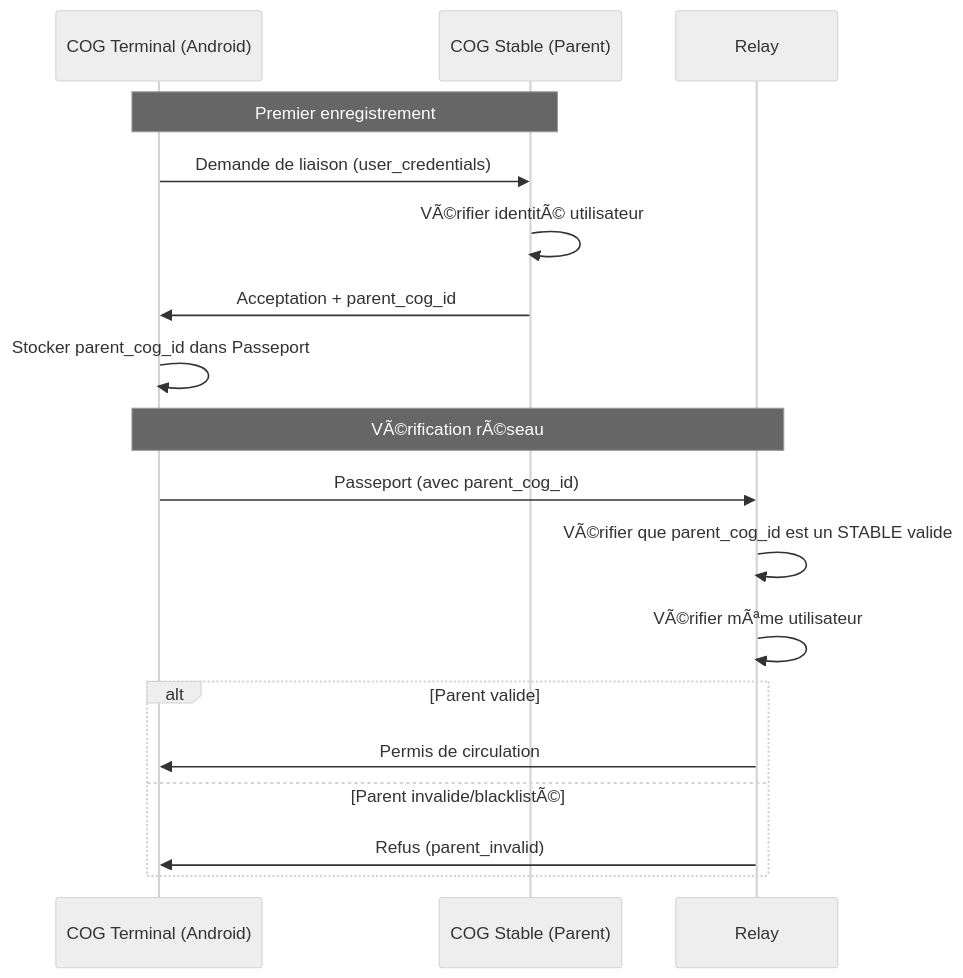
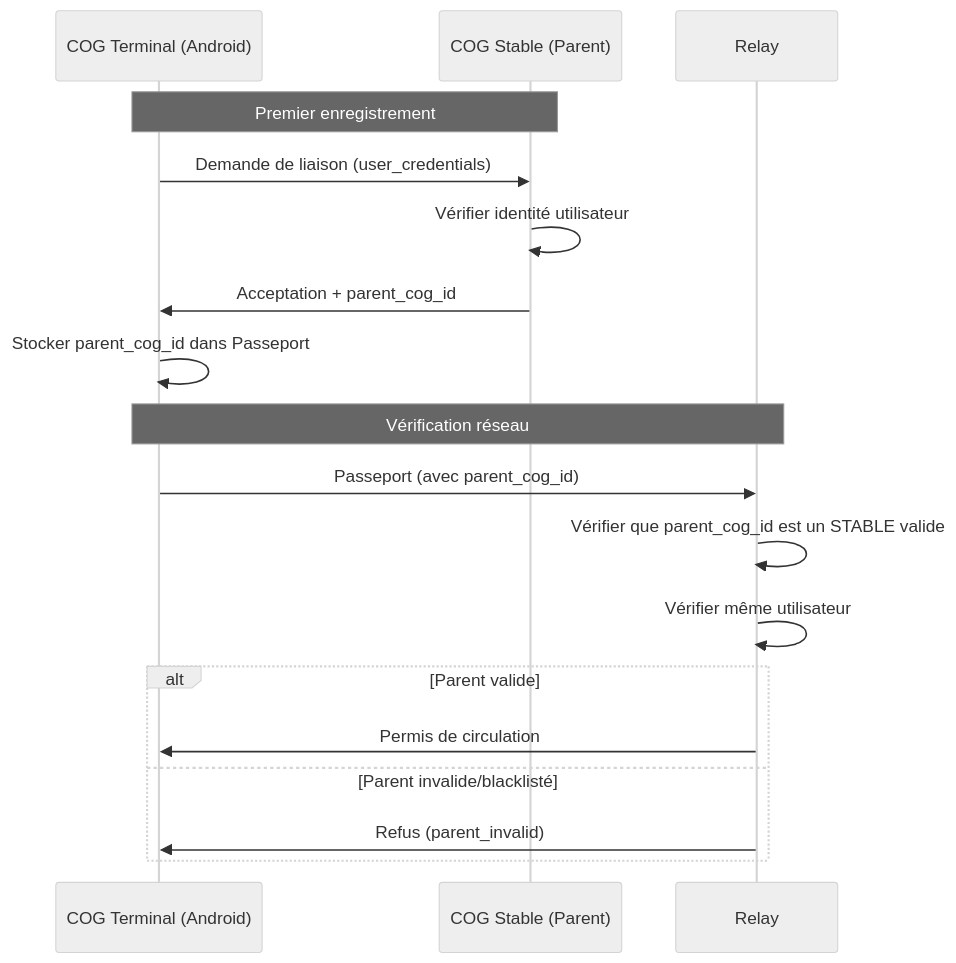
One commit to StudioMiyukini/miyukini_cog changed the second of 7 diagrams in docs/miyukini-webway-system/verification/MWS - Passeport et Visa.md. Above: the diagram before and after it, drawn with Mermaid (neutral theme). The commit also changed other lines of this file and 564 other files, not shown here.

````diff
--- a/docs/miyukini-webway-system/verification/MWS - Passeport et Visa.md
+++ b/docs/miyukini-webway-system/verification/MWS - Passeport et Visa.md
@@ -256,22 +256,22 @@
 ```mermaid
 sequenceDiagram
     participant T as COG Terminal (Android)
     participant S as COG Stable (Parent)
     participant R as Relay
 
     Note over T,S: Premier enregistrement
     T->>S: Demande de liaison (user_credentials)
-    S->>S: VÃ©rifier identitÃ© utilisateur
+    S->>S: Vérifier identité utilisateur
     S->>T: Acceptation + parent_cog_id
     T->>T: Stocker parent_cog_id dans Passeport
 
-    Note over T,R: VÃ©rification rÃ©seau
+    Note over T,R: Vérification réseau
     T->>R: Passeport (avec parent_cog_id)
-    R->>R: VÃ©rifier que parent_cog_id est un STABLE valide
-    R->>R: VÃ©rifier mÃªme utilisateur
+    R->>R: Vérifier que parent_cog_id est un STABLE valide
+    R->>R: Vérifier même utilisateur
     alt Parent valide
         R->>T: Permis de circulation
-    else Parent invalide/blacklistÃ©
+    else Parent invalide/blacklisté
         R->>T: Refus (parent_invalid)
     end
 ```
````
